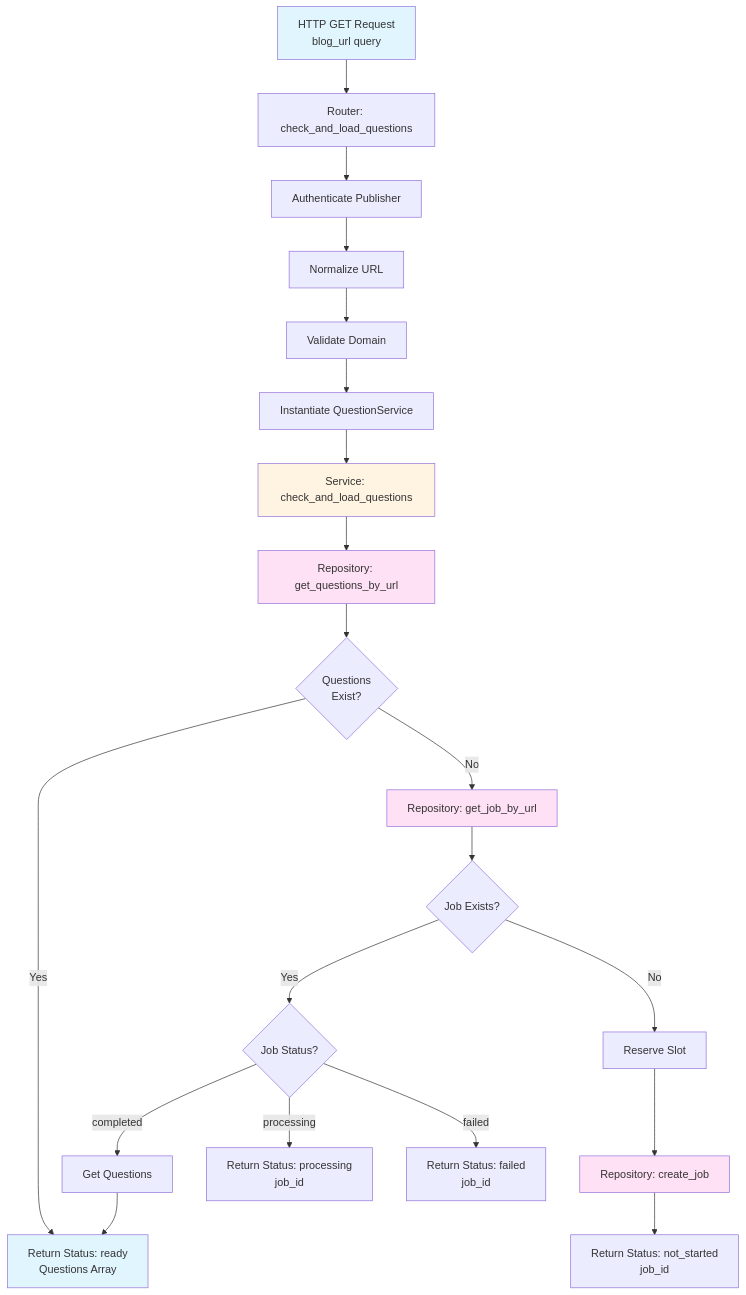
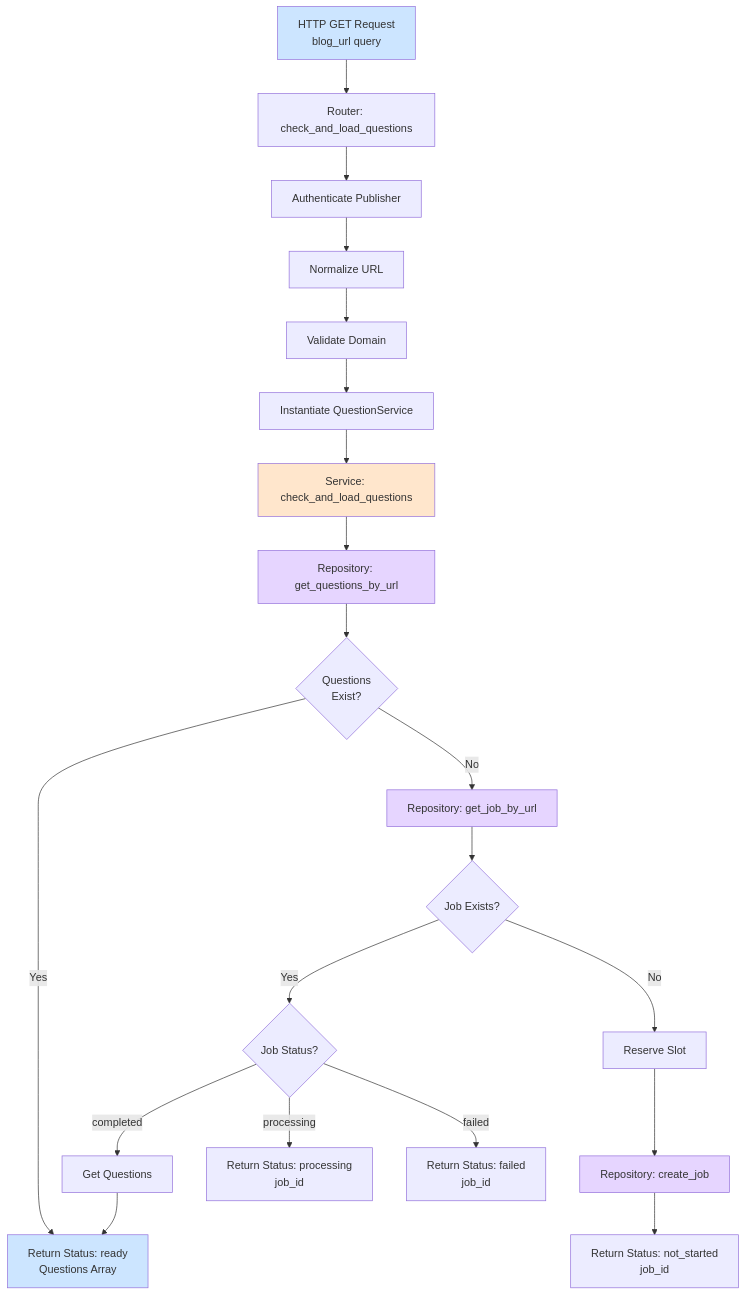
One commit to amitspk/project-x changed the fifth of 12 diagrams in SelfLearning/fyi_widget_api/ENDPOINT_FLOWS_VISUAL.md. Above: the diagram before and after it, drawn with Mermaid. The commit also changed other lines of this file, not shown here.

Commit message:
updated flow diagram

````diff
--- a/SelfLearning/fyi_widget_api/ENDPOINT_FLOWS_VISUAL.md
+++ b/SelfLearning/fyi_widget_api/ENDPOINT_FLOWS_VISUAL.md
@@ -160,30 +160,30 @@
 ```mermaid
 graph TD
     A[HTTP GET Request<br/>blog_url query] --> B[Router: check_and_load_questions]
     B --> C[Authenticate Publisher]
     C --> D[Normalize URL]
     D --> E[Validate Domain]
     E --> F[Instantiate QuestionService]
     F --> G[Service: check_and_load_questions]
     
     G --> H[Repository: get_questions_by_url]
     H --> I{Questions<br/>Exist?}
     I -->|Yes| J[Return Status: ready<br/>Questions Array]
     I -->|No| K[Repository: get_job_by_url]
     K --> L{Job Exists?}
     L -->|No| M[Reserve Slot]
     M --> N[Repository: create_job]
     N --> O[Return Status: not_started<br/>job_id]
     L -->|Yes| P{Job Status?}
     P -->|completed| Q[Get Questions]
     Q --> J
     P -->|processing| R[Return Status: processing<br/>job_id]
     P -->|failed| S[Return Status: failed<br/>job_id]
     
-    style A fill:#e1f5ff
-    style G fill:#fff4e1
-    style H fill:#ffe1f5
-    style K fill:#ffe1f5
-    style N fill:#ffe1f5
-    style J fill:#e1f5ff
+    style A fill:#cce5ff
+    style G fill:#ffe6cc
+    style H fill:#e6d5ff
+    style K fill:#e6d5ff
+    style N fill:#e6d5ff
+    style J fill:#cce5ff
 ```
````
